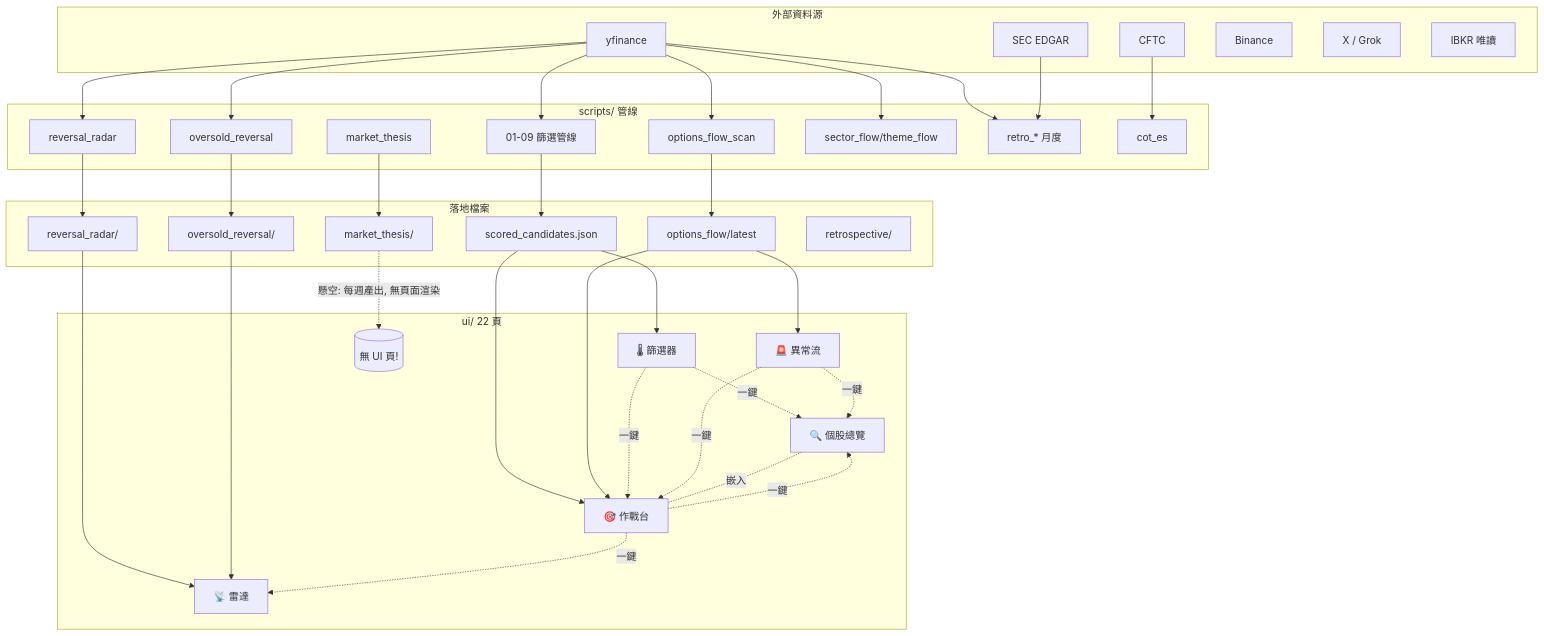
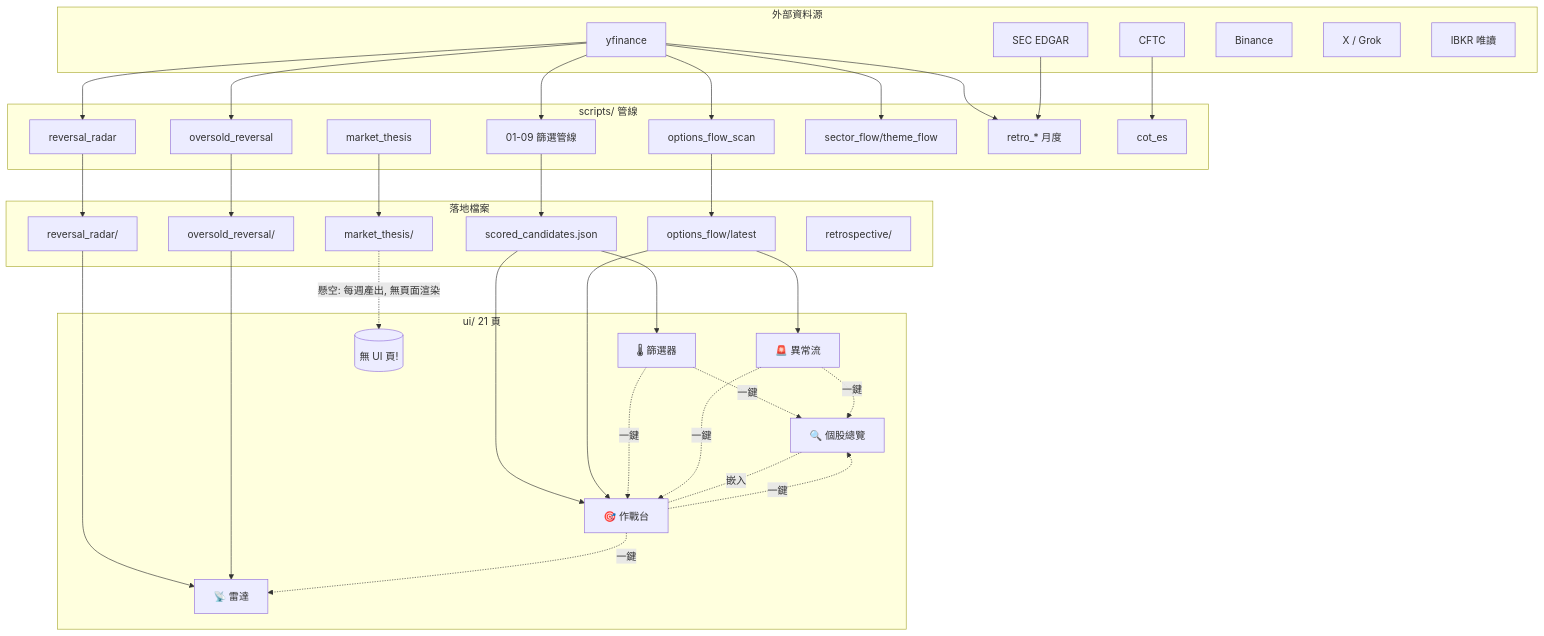
Before and after one commit to KennyHsiao/surge-screener: the second of 3 diagrams in docs/system_analysis_v2.md, drawn with Mermaid. The commit also changed other lines of this file and 4 other files, not shown here.

````diff
--- a/docs/system_analysis_v2.md
+++ b/docs/system_analysis_v2.md
@@ -110,49 +109,49 @@
 ```mermaid
 flowchart TB
     subgraph SRC[外部資料源]
         YF[yfinance]
         CFTC[CFTC]
         EDGAR[SEC EDGAR]
         BIN[Binance]
         XAPI[X / Grok]
         IBKR[IBKR 唯讀]
     end
     subgraph PIPE[scripts/ 管線]
         P[01-09 篩選管線]
         OFS[options_flow_scan]
         RR[reversal_radar]
         OL[oversold_reversal]
         MT[market_thesis]
         SF[sector_flow/theme_flow]
         RETRO[retro_* 月度]
         COT[cot_es]
     end
     subgraph ART[落地檔案]
         SC[scored_candidates.json]
         OFL[options_flow/latest]
         RRF[reversal_radar/]
         OLF[oversold_reversal/]
         MTF[market_thesis/]
         RETF[retrospective/]
     end
-    subgraph UI[ui/ 22 頁]
+    subgraph UI[ui/ 21 頁]
         US[🌡 篩選器]
         OC[🎯 作戰台]
         OF[🚨 異常流]
         RD[📡 雷達]
         SCK[🔍 個股總覽]
         NOUI[(無 UI 頁!)]
     end
     YF --> P & OFS & RR & OL & SF & RETRO
     CFTC --> COT
     EDGAR --> RETRO
     P --> SC --> US & OC
     OFS --> OFL --> OF & OC
     RR --> RRF --> RD
     OL --> OLF --> RD
     MT --> MTF -.->|懸空: 每週產出, 無頁面渲染| NOUI
     US -.一鍵.-> SCK & OC
     OF -.一鍵.-> SCK & OC
     OC -.一鍵.-> SCK & RD
     SCK -. 嵌入 .- OC
 ```
````
